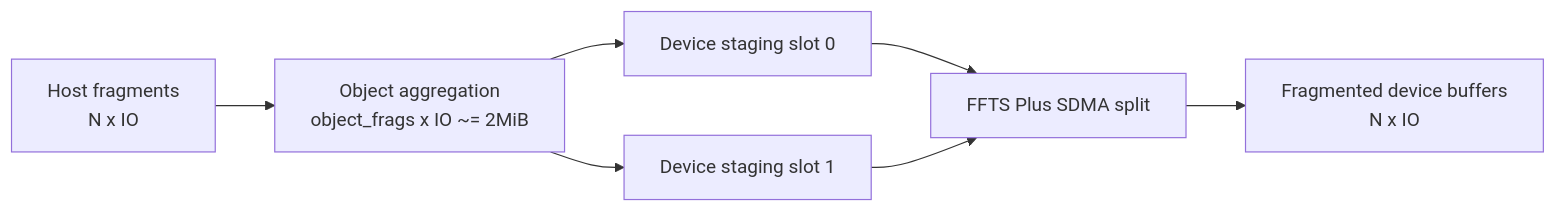
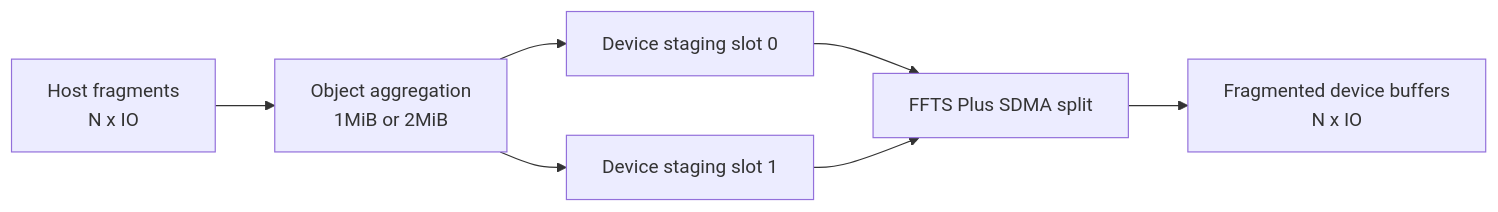
One commit to NaganooMei/dev-sandbox changed the first of 3 diagrams in docs/h2d_ffts_pipeline_share_plan.md. Above: the diagram before and after it, drawn with Mermaid. The commit also changed other lines of this file and 3 other files, not shown here.

````diff
--- a/docs/h2d_ffts_pipeline_share_plan.md
+++ b/docs/h2d_ffts_pipeline_share_plan.md
@@ -94,9 +110,9 @@
 ```mermaid
 flowchart LR
-    H["Host fragments<br/>N x IO"] --> A["Object aggregation<br/>object_frags x IO ~= 2MiB"]
+    H["Host fragments<br/>N x IO"] --> A["Object aggregation<br/>1MiB or 2MiB"]
     A --> S0["Device staging slot 0"]
     A --> S1["Device staging slot 1"]
     S0 --> F["FFTS Plus SDMA split"]
     S1 --> F
     F --> D["Fragmented device buffers<br/>N x IO"]
 ```
````
